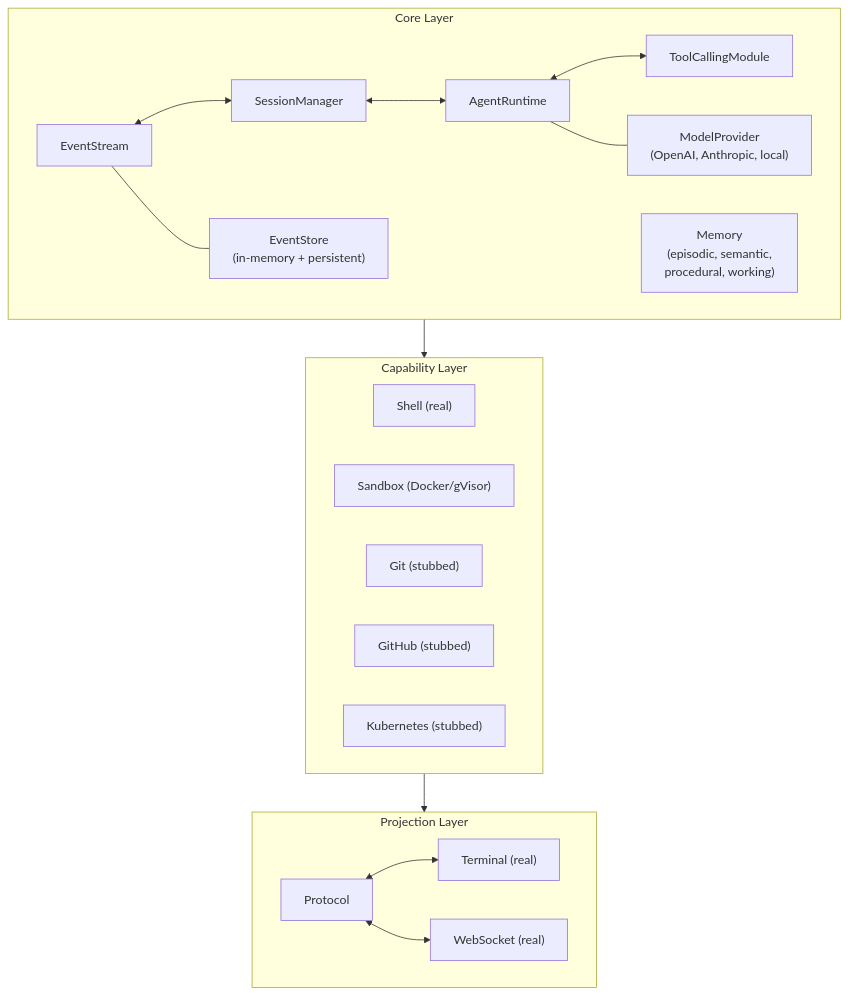
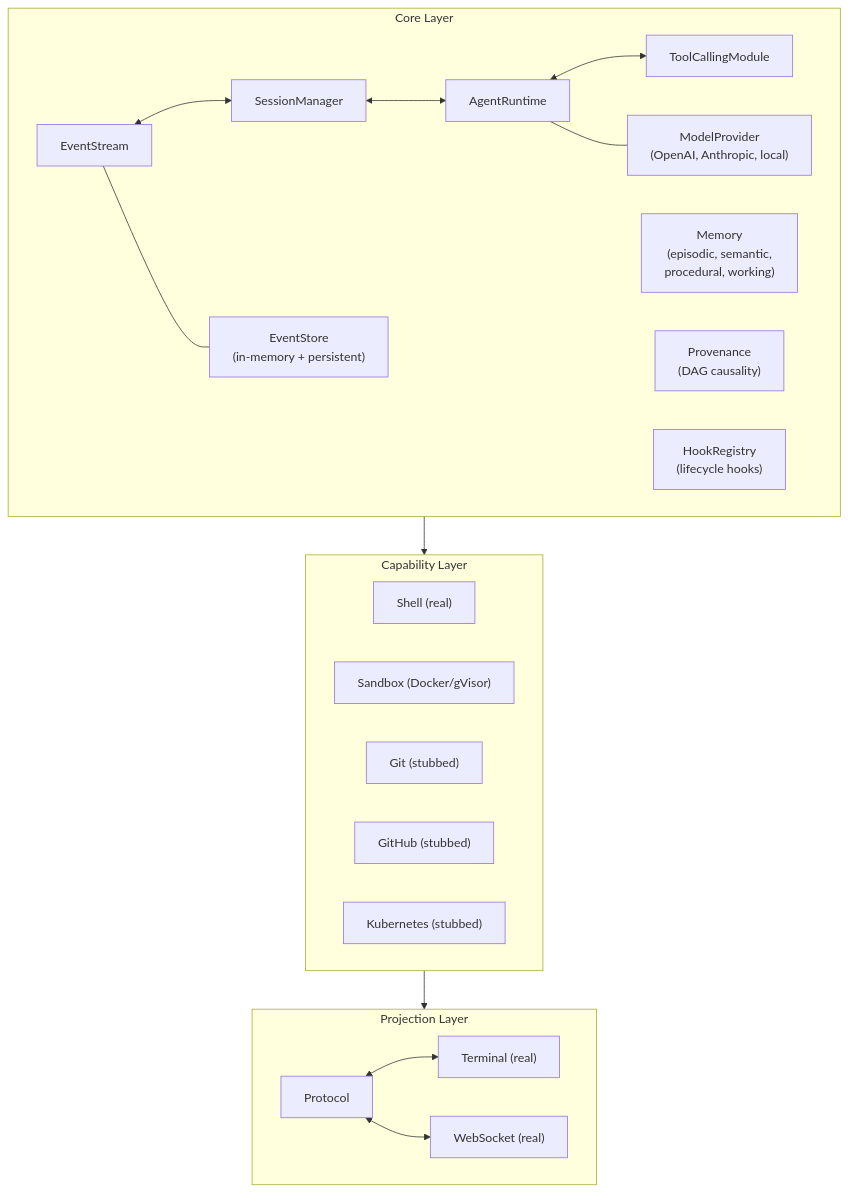
Before and after one commit to allentv/kayak-lab: the first of 4 diagrams in docs/architecture.md, drawn with Mermaid. The commit also changed other lines of this file and 11 other files, not shown here.

First line of the commit message:
docs: update documentation for SQLite migration, provenance, hooks, and attestations

````diff
--- a/docs/architecture.md
+++ b/docs/architecture.md
@@ -5,30 +5,32 @@
 ```mermaid
 graph TB
     subgraph Core["Core Layer"]
         ES["EventStream"] <--> SM["SessionManager"]
         SM <--> AR["AgentRuntime"]
         AR <--> TR["ToolCallingModule"]
         ES --- ESTORE["EventStore<br/>(in-memory + persistent)"]
         AR --- MP["ModelProvider<br/>(OpenAI, Anthropic, local)"]
         MEM["Memory<br/>(episodic, semantic,<br/>procedural, working)"]
+        PROV["Provenance<br/>(DAG causality)"]
+        HR["HookRegistry<br/>(lifecycle hooks)"]
     end
 
     subgraph Capabilities["Capability Layer"]
         Shell["Shell (real)"]
         Sandbox["Sandbox (Docker/gVisor)"]
         Git["Git (stubbed)"]
         GitHub["GitHub (stubbed)"]
         K8s["Kubernetes (stubbed)"]
     end
 
     subgraph Projections["Projection Layer"]
         Protocol["Protocol"]
         Terminal["Terminal (real)"]
         WebSocket["WebSocket (real)"]
         Protocol <--> Terminal
         Protocol <--> WebSocket
     end
 
     Core --> Capabilities
     Capabilities --> Projections
 ```
````
